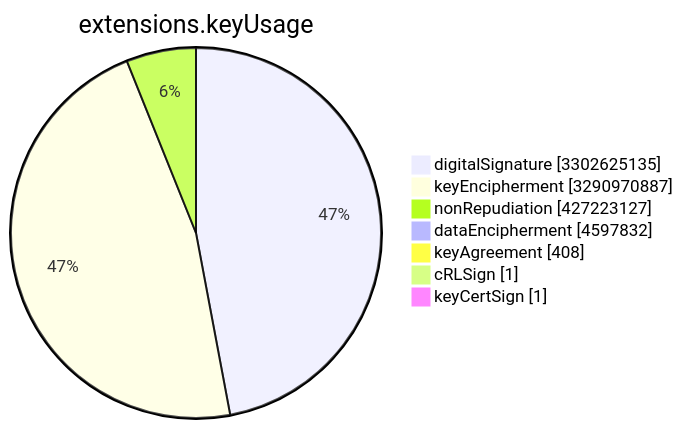
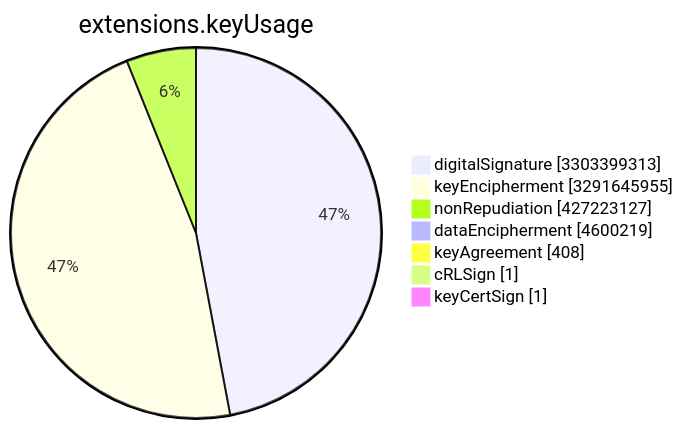
One commit to christiankrug/ctmonitor_visualization changed the sixth of 15 diagrams in TOTAL/README.md. Above: the diagram before and after it, drawn with Mermaid. The commit also changed other lines of this file, not shown here.

````diff
--- a/TOTAL/README.md
+++ b/TOTAL/README.md
@@ -3078,11 +3078,11 @@
 ```mermaid
 pie showData
 title extensions.keyUsage
-"digitalSignature" :3302625135
-"keyEncipherment" :3290970887
+"digitalSignature" :3303399313
+"keyEncipherment" :3291645955
 "nonRepudiation" :427223127
-"dataEncipherment" :4597832
+"dataEncipherment" :4600219
 "keyAgreement" :408
 "cRLSign" :1
 "keyCertSign" :1
 ```
````
